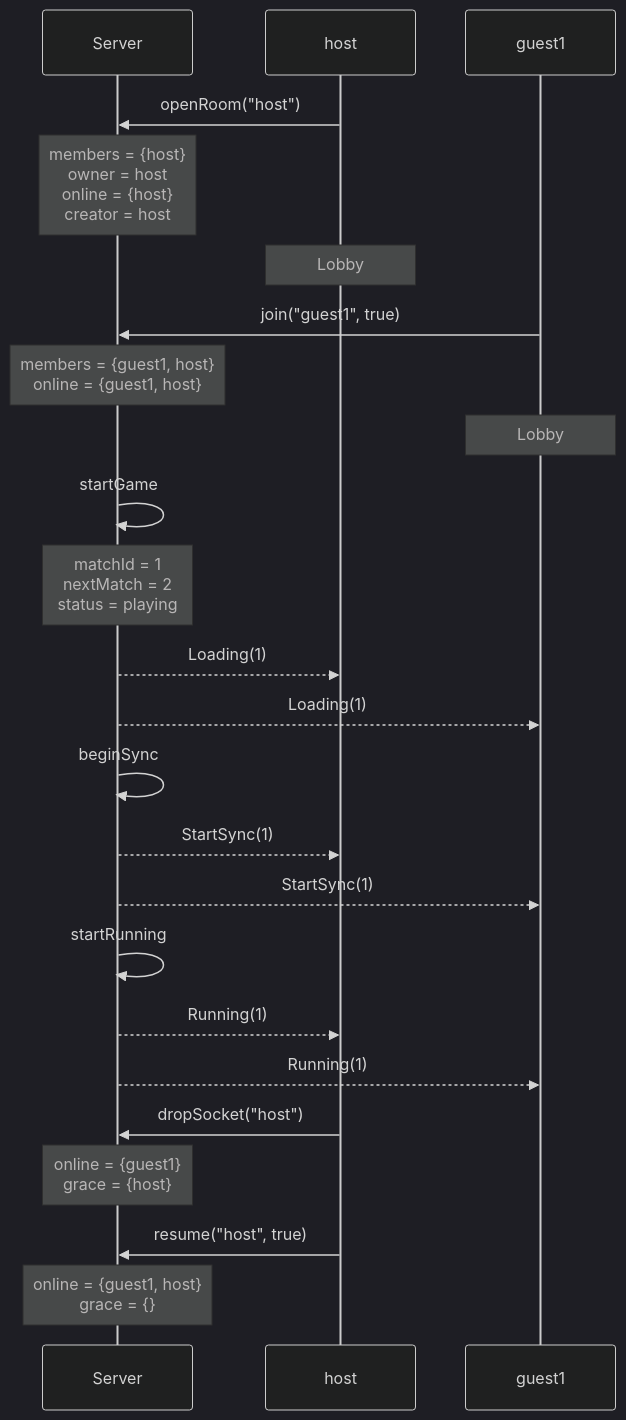
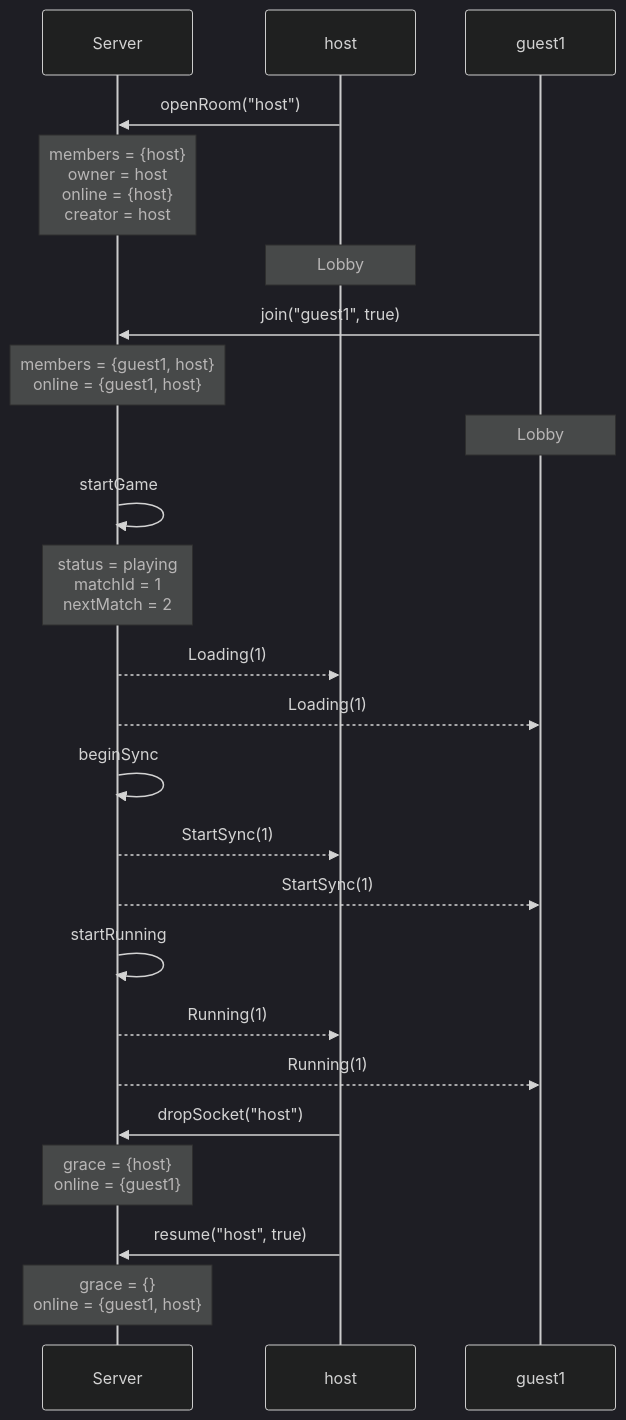
The second of 11 diagrams in docs/spec-traces.md (kwilson21/kaillera-next), drawn with Mermaid (dark theme) before and after one commit. The commit also changed other lines of this file, not shown here.

````diff
--- a/docs/spec-traces.md
+++ b/docs/spec-traces.md
@@ -43,26 +43,26 @@
 ```mermaid
 sequenceDiagram
   participant Server
   participant host
   participant guest1
   host->>Server: openRoom("host")
   Note over Server: members = {host}<br/>owner = host<br/>online = {host}<br/>creator = host
   Note over host: Lobby
   guest1->>Server: join("guest1", true)
   Note over Server: members = {guest1, host}<br/>online = {guest1, host}
   Note over guest1: Lobby
   Server->>Server: startGame
-  Note over Server: matchId = 1<br/>nextMatch = 2<br/>status = playing
+  Note over Server: status = playing<br/>matchId = 1<br/>nextMatch = 2
   Server-->>host: Loading(1)
   Server-->>guest1: Loading(1)
   Server->>Server: beginSync
   Server-->>host: StartSync(1)
   Server-->>guest1: StartSync(1)
   Server->>Server: startRunning
   Server-->>host: Running(1)
   Server-->>guest1: Running(1)
   host->>Server: dropSocket("host")
-  Note over Server: online = {guest1}<br/>grace = {host}
+  Note over Server: grace = {host}<br/>online = {guest1}
   host->>Server: resume("host", true)
-  Note over Server: online = {guest1, host}<br/>grace = {}
+  Note over Server: grace = {}<br/>online = {guest1, host}
 ```
````
